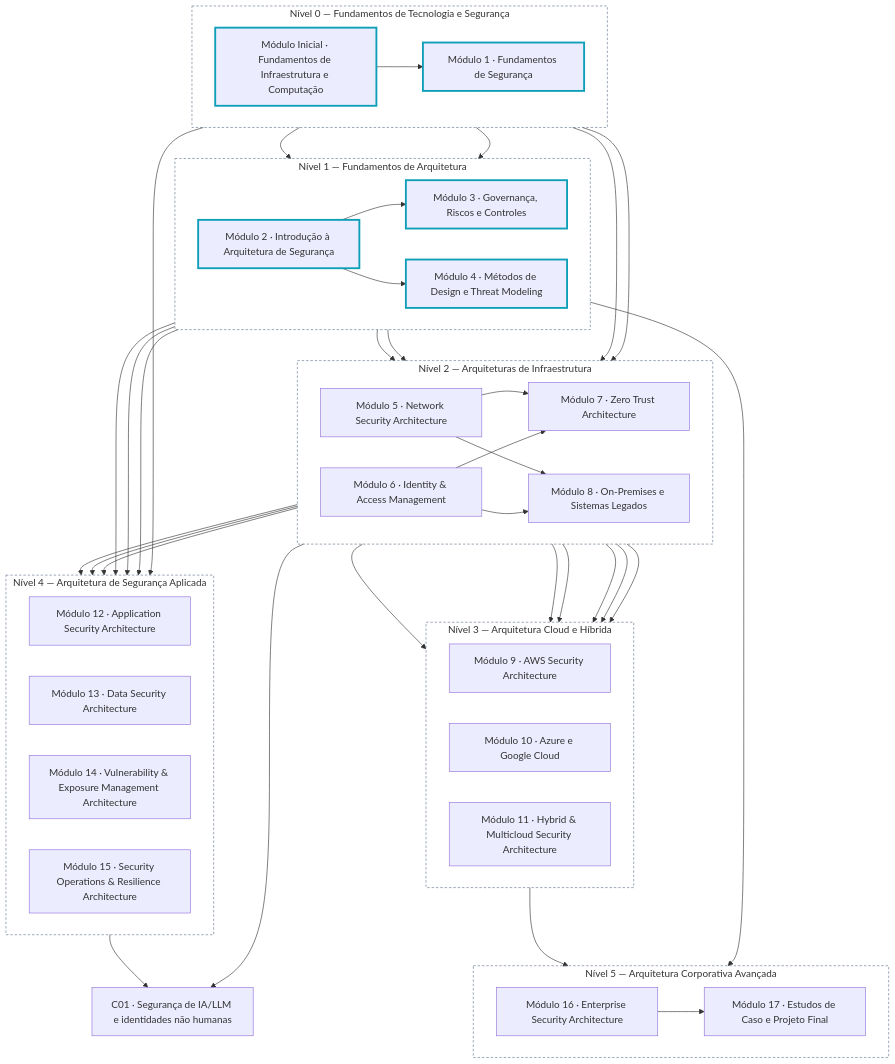
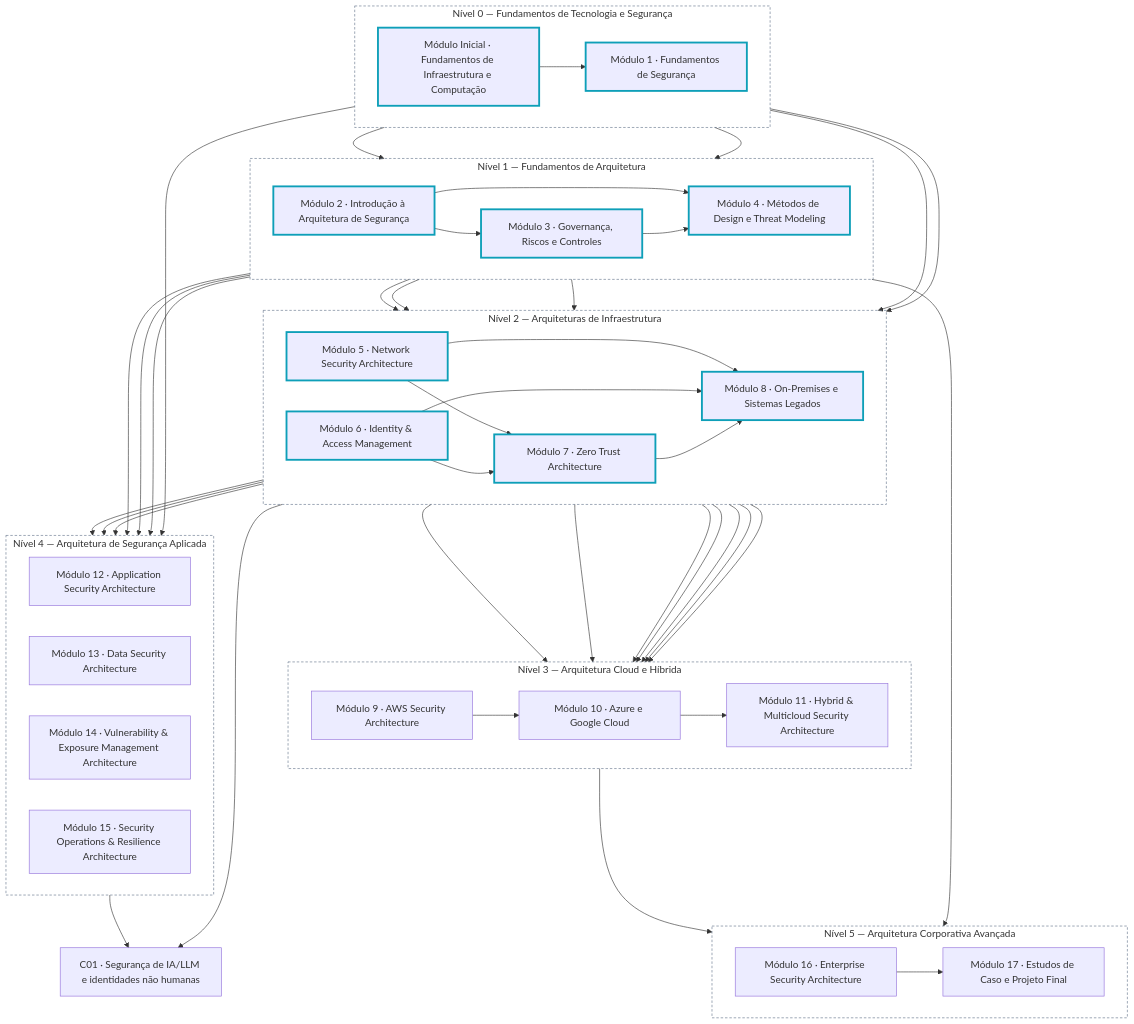
One commit to andrewsferreira/security-architecture-academy changed the diagram in docs/curriculum/dependencies.md. Above: the diagram before and after it, drawn with Mermaid. The commit also changed other lines of this file and 125 other files, not shown here.

````diff
--- a/docs/curriculum/dependencies.md
+++ b/docs/curriculum/dependencies.md
@@ -57,20 +57,26 @@
   M01 --> M02
   M02 --> M03
   M02 --> M04
+  M03 --> M04
   M00 --> M05
   M02 --> M05
+  M04 --> M05
   M01 --> M06
   M02 --> M06
   M05 --> M07
   M06 --> M07
   M05 --> M08
   M06 --> M08
+  M07 --> M08
   M05 --> M09
   M06 --> M09
   M05 --> M10
   M06 --> M10
+  M09 --> M10
   M06 --> M11
   M07 --> M11
+  M08 --> M11
+  M10 --> M11
   M04 --> M12
   M06 --> M12
   M01 --> M13
@@ -87,5 +93,5 @@
   classDef zone fill:transparent,stroke:#64748b,stroke-width:1px,stroke-dasharray:4 3
   classDef active stroke:#0e9fb8,stroke-width:3px
   class N0,N1,N2,N3,N4,N5 zone
-  class M00,M01,M02,M03,M04 active
+  class M00,M01,M02,M03,M04,M05,M06,M07,M08 active
 ```
````
